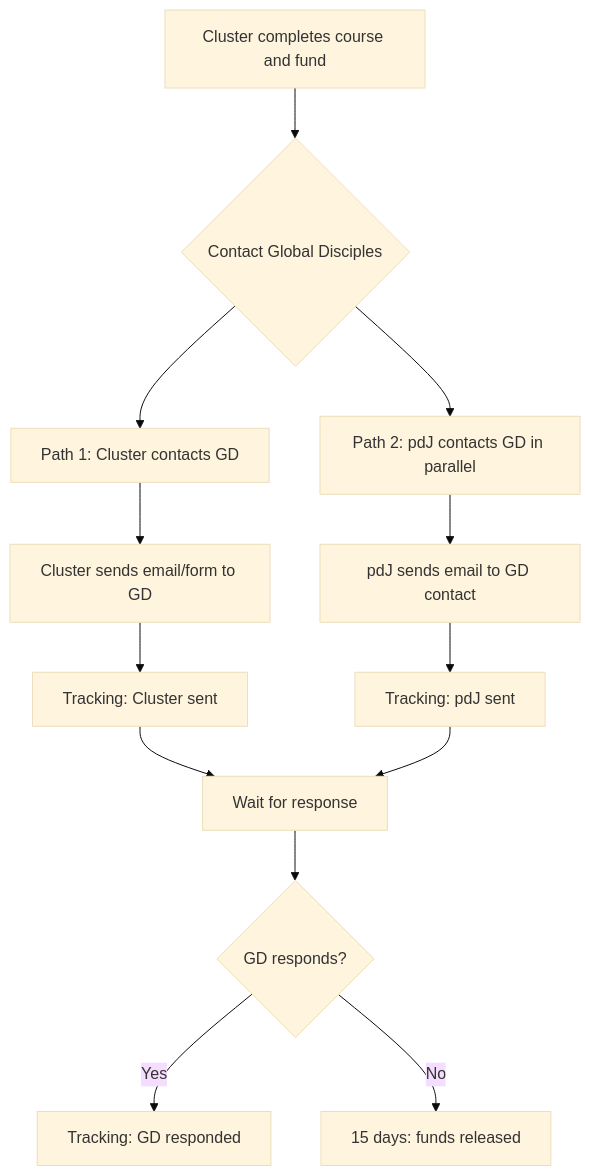
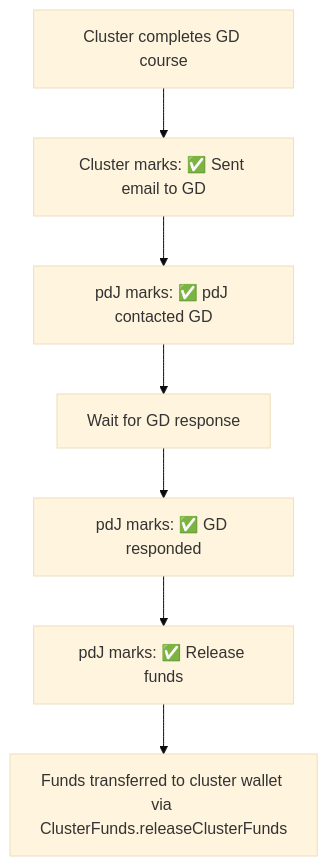
The diagram in REQ/157.md (pasosdeJesus/learn.tg), drawn with Mermaid (base theme) before and after one commit. The commit also changed other lines of this file and 11 other files, not shown here.

````diff
--- a/REQ/157.md
+++ b/REQ/157.md
@@ -19,20 +19,9 @@
 ```mermaid
 flowchart TB
-    A[Cluster completes course and fund] --> B{Contact Global Disciples}
-    
-    B --> C[Path 1: Cluster contacts GD]
-    B --> D[Path 2: pdJ contacts GD in parallel]
-    
-    C --> C1[Cluster sends email/form to GD]
-    D --> D1[pdJ sends email to GD contact]
-    
-    C1 --> E[Tracking: Cluster sent]
-    D1 --> F[Tracking: pdJ sent]
-    
-    E --> G[Wait for response]
-    F --> G
-    
-    G --> H{GD responds?}
-    H -->|Yes| I[Tracking: GD responded]
-    H -->|No| J[15 days: funds released]
+    A[Cluster completes GD course] --> B[Cluster marks: ✅ Sent email to GD]
+    B --> C[pdJ marks: ✅ pdJ contacted GD]
+    C --> D[Wait for GD response]
+    D --> E[pdJ marks: ✅ GD responded]
+    E --> F[pdJ marks: ✅ Release funds]
+    F --> G[Funds transferred to cluster wallet via ClusterFunds.releaseClusterFunds]
 ```
````
